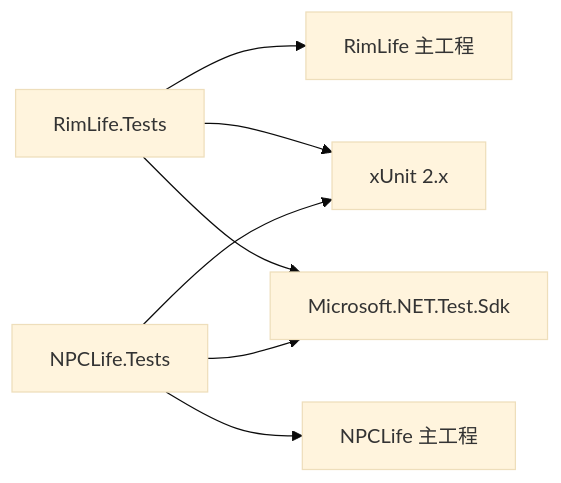
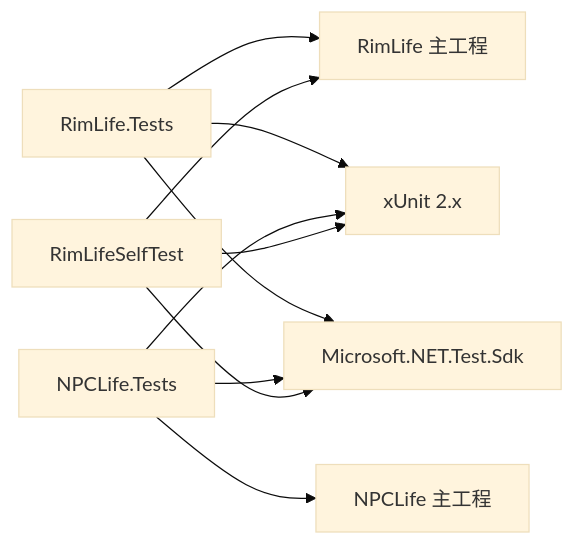
Before and after one commit to suzvka/RimLife: the seventh of 7 diagrams in .qoder/repowiki/zh/content/测试体系/测试体系.md, drawn with Mermaid (base theme). The commit also changed other lines of this file and 35 other files, not shown here.

````diff
--- a/.qoder/repowiki/zh/content/测试体系/测试体系.md
+++ b/.qoder/repowiki/zh/content/测试体系/测试体系.md
@@ -252,9 +327,12 @@
 ```mermaid
 graph LR
 RLTests["RimLife.Tests"] --> RLCore["RimLife 主工程"]
 NPCTests["NPCLife.Tests"] --> NPCore["NPCLife 主工程"]
+SelfTests["RimLifeSelfTest"] --> RLCore
 RLTests --> XUnit["xUnit 2.x"]
 NPCTests --> XUnit
+SelfTests --> XUnit
 RLTests --> MSTestSDK["Microsoft.NET.Test.Sdk"]
 NPCTests --> MSTestSDK
+SelfTests --> MSTestSDK
 ```
````
